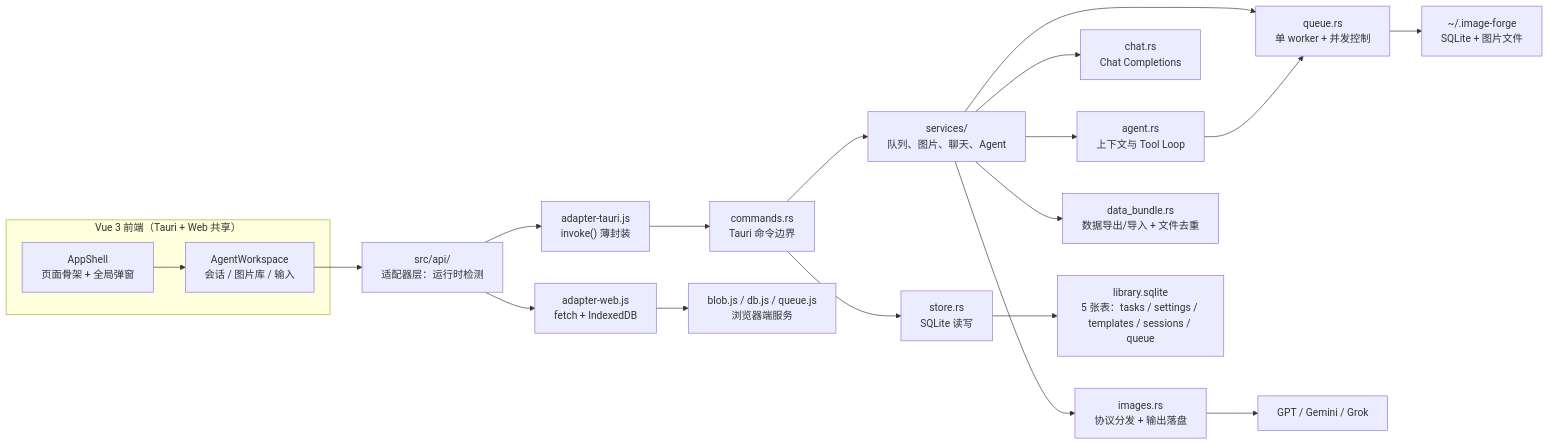
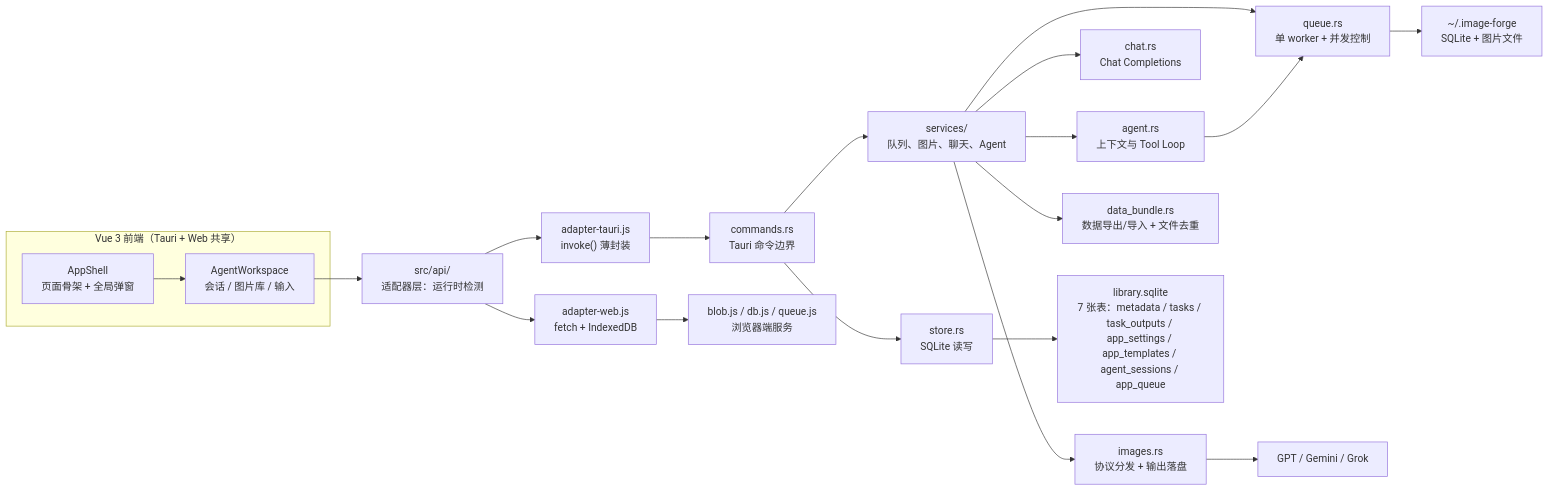
The first of 3 diagrams in docs/technical-design.md (Tairraos/image-forge), drawn with Mermaid before and after one commit. The commit also changed other lines of this file and 8 other files, not shown here.

````diff
--- a/docs/technical-design.md
+++ b/docs/technical-design.md
@@ -24,22 +24,22 @@
 ```mermaid
 flowchart LR
   subgraph Frontend["Vue 3 前端（Tauri + Web 共享）"]
     Shell["AppShell\n页面骨架 + 全局弹窗"] --> AgentUI["AgentWorkspace\n会话 / 图片库 / 输入"]
   end
   AgentUI --> API["src/api/\n适配器层：运行时检测"]
   API --> TauriAdapter["adapter-tauri.js\ninvoke() 薄封装"]
   API --> WebAdapter["adapter-web.js\nfetch + IndexedDB"]
   TauriAdapter --> Commands["commands.rs\nTauri 命令边界"]
   WebAdapter --> WebServices["blob.js / db.js / queue.js\n浏览器端服务"]
   Commands --> Store["store.rs\nSQLite 读写"]
   Commands --> Services["services/\n队列、图片、聊天、Agent"]
   Services --> Queue["queue.rs\n单 worker + 并发控制"]
   Services --> Images["images.rs\n协议分发 + 输出落盘"]
   Services --> Chat["chat.rs\nChat Completions"]
   Services --> Agent["agent.rs\n上下文与 Tool Loop"]
   Services --> DataBundle["data_bundle.rs\n数据导出/导入 + 文件去重"]
   Images --> Providers["GPT / Gemini / Grok"]
-  Store --> SQLite["library.sqlite\n5 张表：tasks / settings / templates / sessions / queue"]
+  Store --> SQLite["library.sqlite\n7 张表：metadata / tasks / task_outputs / app_settings / app_templates / agent_sessions / app_queue"]
   Queue --> Data["~/.image-forge\nSQLite + 图片文件"]
   Agent --> Queue
 ```
````
